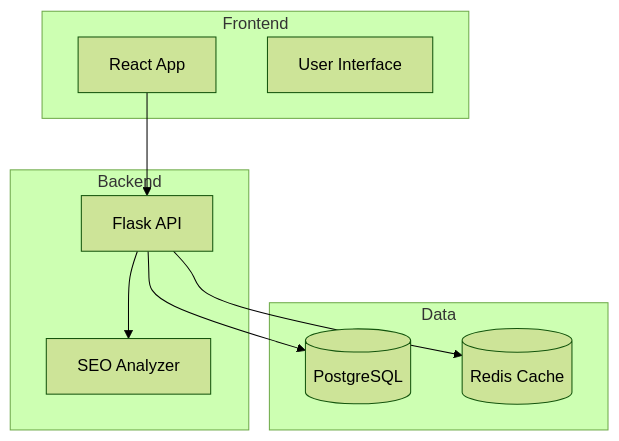
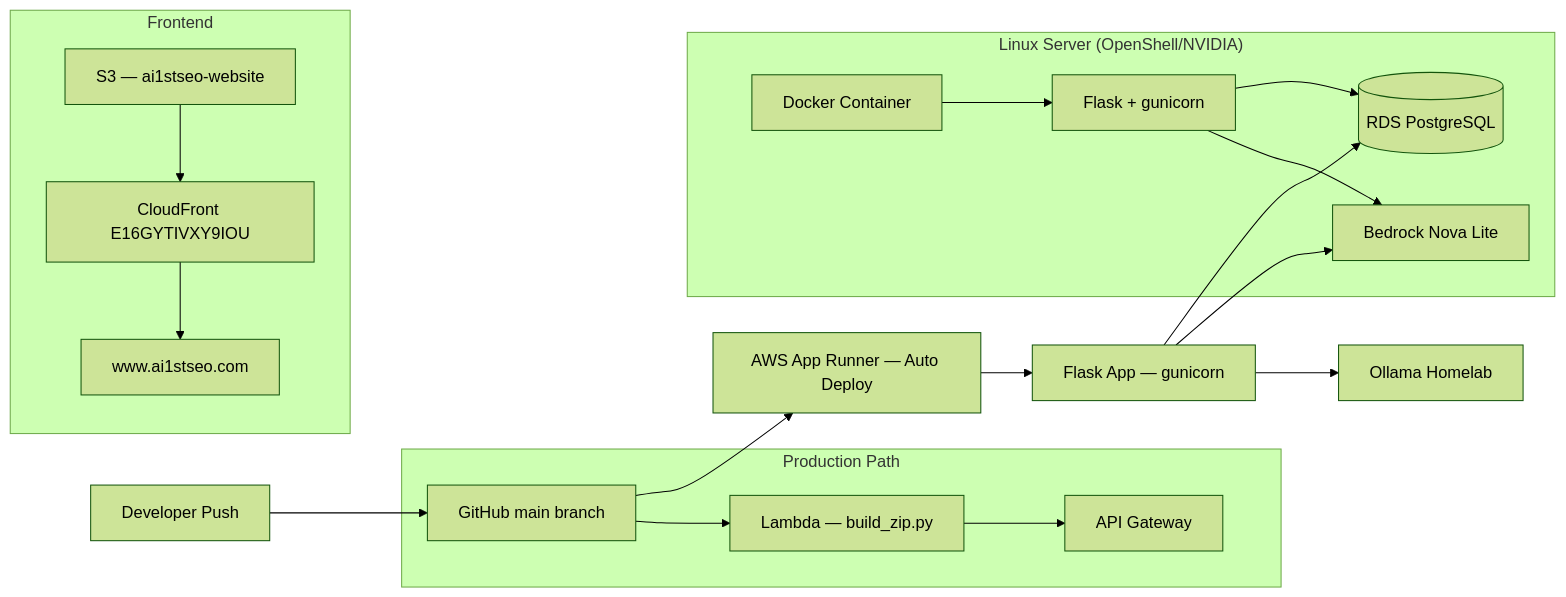
Before and after one commit to DeepthiSarayuGunda/ai1stseo-backend: the seventh of 8 diagrams in AI1STSEO-UML-DIAGRAMS.md, drawn with Mermaid (forest theme). The commit also changed other lines of this file and 7 other files, not shown here.

Commit message:
Dev 1: GEO Scanner Agent orchestrator, RDS wiring, dashboard links, workflow docs, deployment guide

````diff
--- a/AI1STSEO-UML-DIAGRAMS.md
+++ b/AI1STSEO-UML-DIAGRAMS.md
@@ -52,22 +284,27 @@
 ```mermaid
-flowchart TB
-    subgraph Frontend
-        React[React App]
-        UI[User Interface]
+flowchart LR
+    Dev[Developer Push] --> GitHub[GitHub main branch]
+    GitHub --> AppRunner[AWS App Runner — Auto Deploy]
+    AppRunner --> Flask[Flask App — gunicorn]
+
+    Flask --> RDS[(RDS PostgreSQL)]
+    Flask --> Bedrock[Bedrock Nova Lite]
+    Flask --> Ollama[Ollama Homelab]
+
+    subgraph "Production Path"
+        GitHub --> Lambda[Lambda — build_zip.py]
+        Lambda --> APIGW[API Gateway]
     end
-    
-    subgraph Backend
-        Flask[Flask API]
-        SEOEngine[SEO Analyzer]
+
+    subgraph "Frontend"
+        S3[S3 — ai1stseo-website] --> CF[CloudFront E16GYTIVXY9IOU]
+        CF --> WWW[www.ai1stseo.com]
     end
-    
-    subgraph Data
-        PostgreSQL[(PostgreSQL)]
-        Redis[(Redis Cache)]
+
+    subgraph "Linux Server (OpenShell/NVIDIA)"
+        Docker[Docker Container]
+        Docker --> FlaskLinux[Flask + gunicorn]
+        FlaskLinux --> RDS
+        FlaskLinux --> Bedrock
     end
-    
-    React --> Flask
-    Flask --> SEOEngine
-    Flask --> PostgreSQL
-    Flask --> Redis
 ```
````
